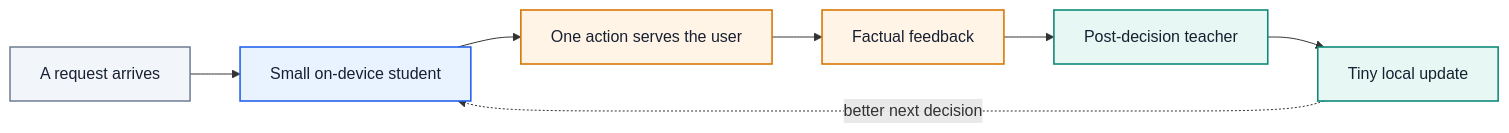
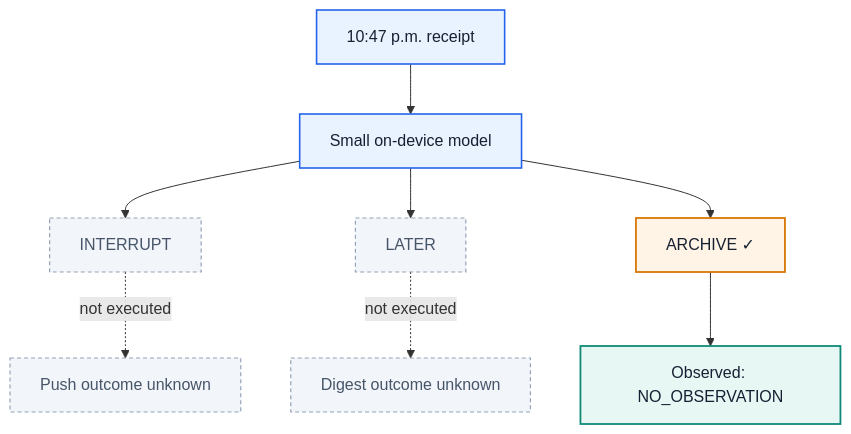
One commit to lin826/Online-SFT-Demo changed the diagram in BLOG.md. Above: the diagram before and after it, drawn with Mermaid. The commit also changed other lines of this file, not shown here.

````diff
--- a/BLOG.md
+++ b/BLOG.md
@@ -21,18 +21,19 @@
 ```mermaid
-flowchart LR
-    A["A request arrives"] --> B["Small on-device student"]
-    B --> C["One action serves the user"]
-    C --> D["Factual feedback"]
-    D --> E["Post-decision teacher"]
-    E --> F["Tiny local update"]
-    F -. "better next decision" .-> B
+flowchart TB
+    R["10:47 p.m. receipt"] --> S["Small on-device model"]
+    S --> I["INTERRUPT"]
+    S --> L["LATER"]
+    S --> A["ARCHIVE ✓"]
+    I -. "not executed" .-> PI["Push outcome unknown"]
+    L -. "not executed" .-> DI["Digest outcome unknown"]
+    A --> O["Observed: NO_OBSERVATION"]
 
-    classDef input fill:#F2F5F9,stroke:#64748B,color:#172033,stroke-width:1.4px;
-    classDef device fill:#E8F3FF,stroke:#2563EB,color:#172033,stroke-width:1.6px;
-    classDef live fill:#FFF4E5,stroke:#D97706,color:#172033,stroke-width:1.6px;
-    classDef learn fill:#E7F7F3,stroke:#0F8A78,color:#172033,stroke-width:1.6px;
-    class A input;
-    class B device;
-    class C,D live;
-    class E,F learn;
+    classDef context fill:#E8F3FF,stroke:#2563EB,color:#172033,stroke-width:1.6px;
+    classDef unseen fill:#F2F5F9,stroke:#94A3B8,color:#475569,stroke-width:1.2px,stroke-dasharray:4 3;
+    classDef chosen fill:#FFF4E5,stroke:#D97706,color:#172033,stroke-width:1.8px;
+    classDef observed fill:#E7F7F3,stroke:#0F8A78,color:#172033,stroke-width:1.8px;
+    class R,S context;
+    class I,L,PI,DI unseen;
+    class A chosen;
+    class O observed;
 ```
````
